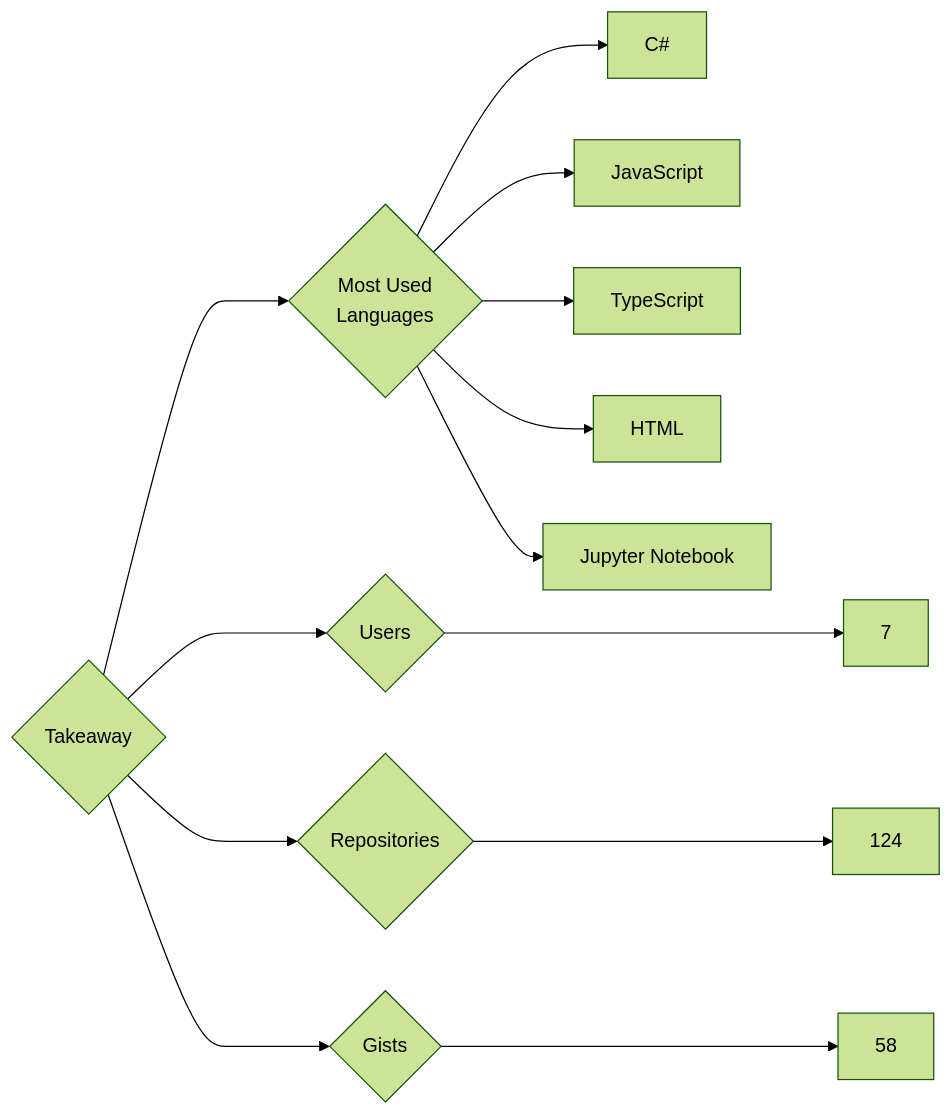
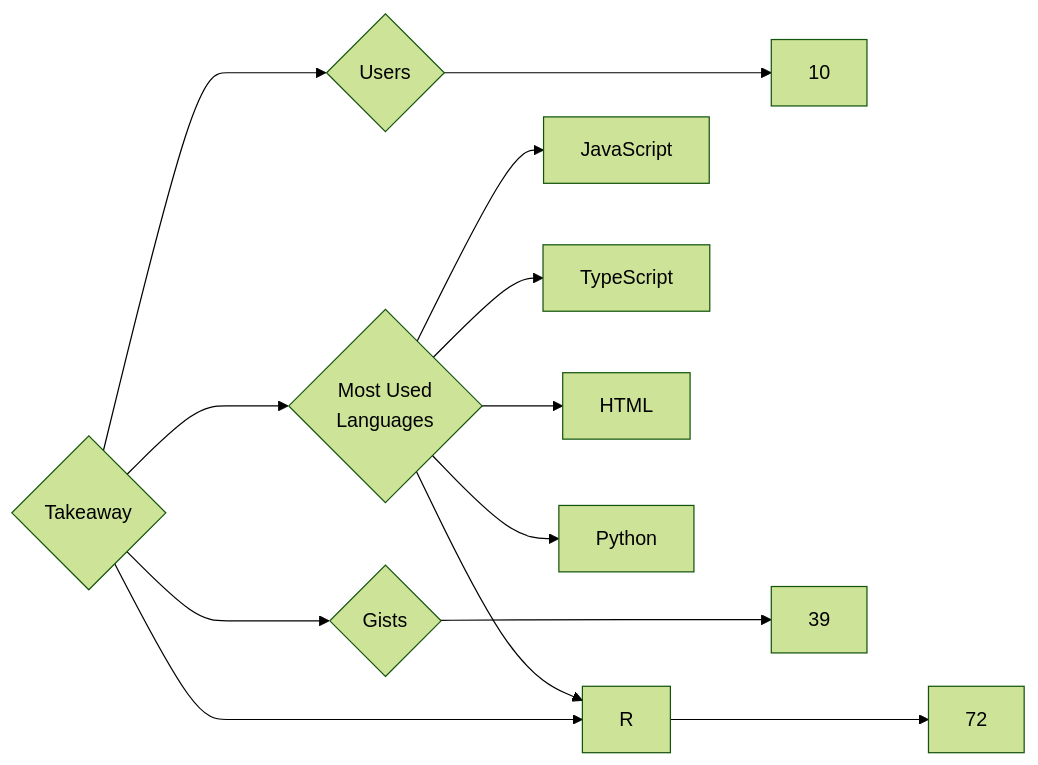
One commit to trickest/insiders changed the diagram in targets/Takeaway/README.md. Above: the diagram before and after it, drawn with Mermaid (forest theme). The commit also changed 878 other files, not shown here.

````diff
--- a/targets/Takeaway/README.md
+++ b/targets/Takeaway/README.md
@@ -3,13 +3,13 @@
 ```mermaid
 graph LR
 COMPANY_NAME{Takeaway}
-COMPANY_NAME ---> U{Users} ---> UN[7]
-COMPANY_NAME ---> R{Repositories} ---> RN[124]
-COMPANY_NAME ---> G{Gists} ---> GN[58]
+COMPANY_NAME ---> U{Users} ---> UN[10]
+COMPANY_NAME ---> R{Repositories} ---> RN[72]
+COMPANY_NAME ---> G{Gists} ---> GN[39]
 COMPANY_NAME ---> ML{Most Used<br>Languages}
-ML --> C#[C#]
 ML --> JavaScript[JavaScript]
 ML --> TypeScript[TypeScript]
 ML --> HTML[HTML]
-ML --> Jupyter_Notebook[Jupyter Notebook]
+ML --> Python[Python]
+ML --> R[R]
 ```
````
